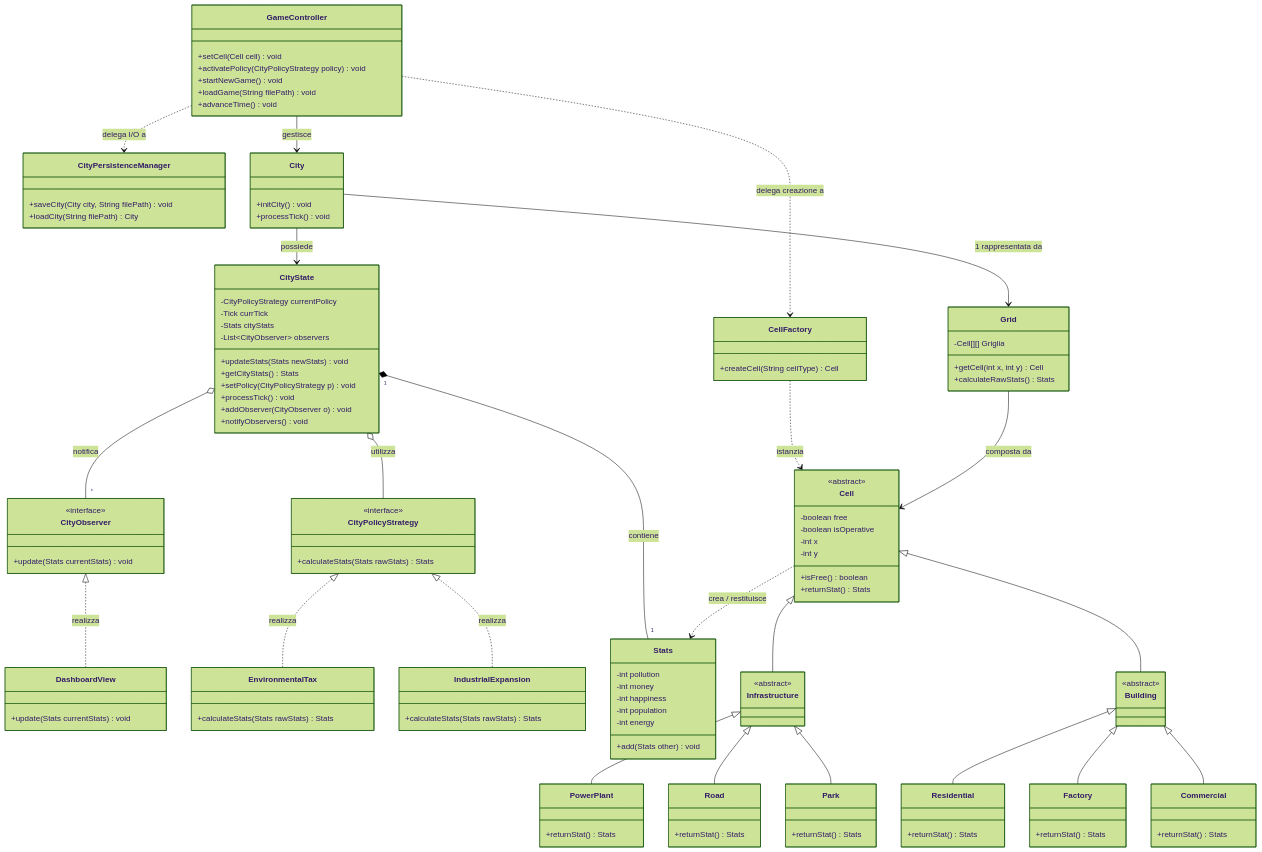
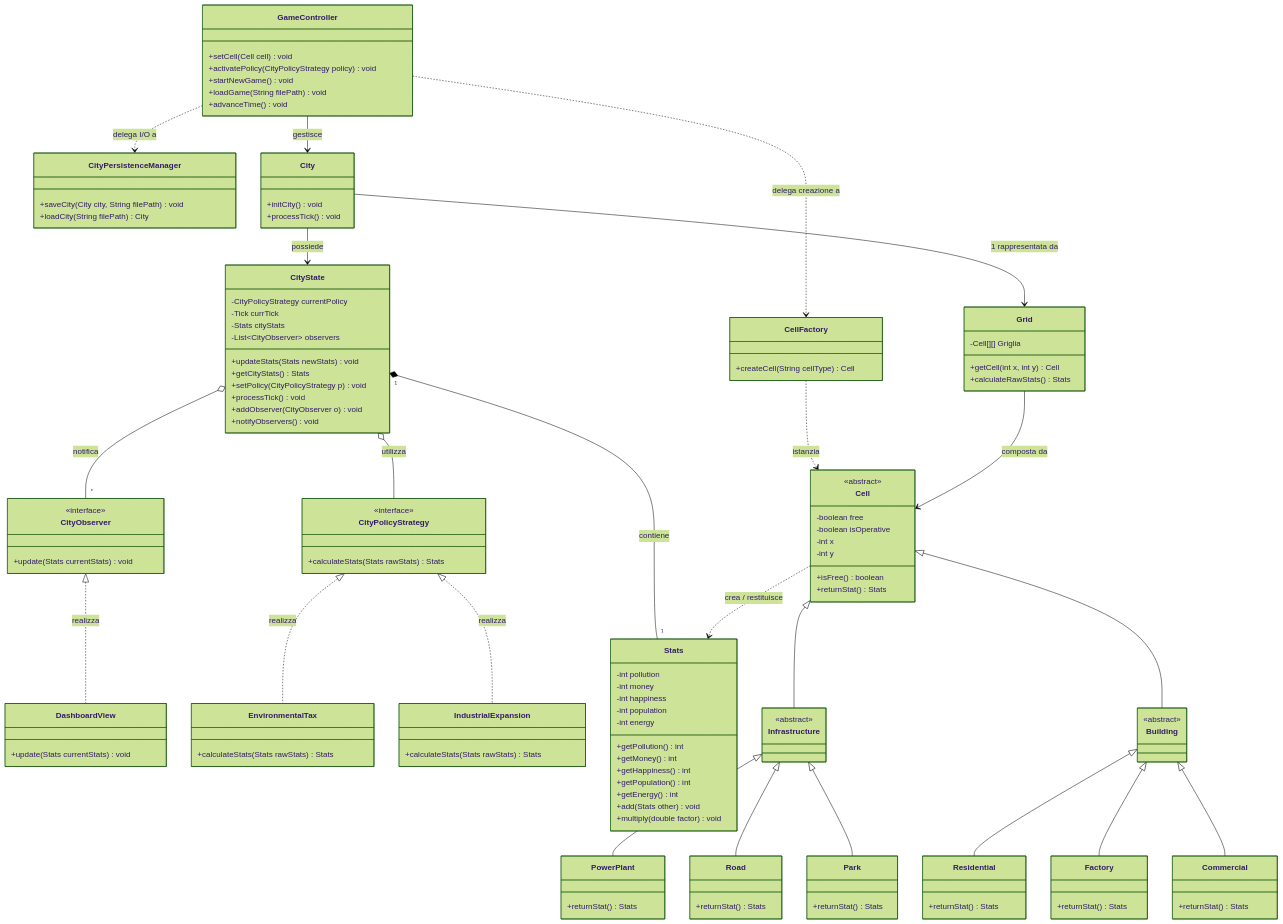
Before and after one commit to LucaGea/Amatriciana: the diagram in design.md, drawn with Mermaid (forest theme).

```diff
--- a/design.md
+++ b/design.md
@@ -85,7 +85,13 @@
         -int happiness
         -int population
         -int energy
+        +getPollution() int
+        +getMoney() int
+        +getHappiness() int
+        +getPopulation() int
+        +getEnergy() int
         +add(Stats other) void
+        +multiply(double factor) void
     }
 
     class Infrastructure {
```
